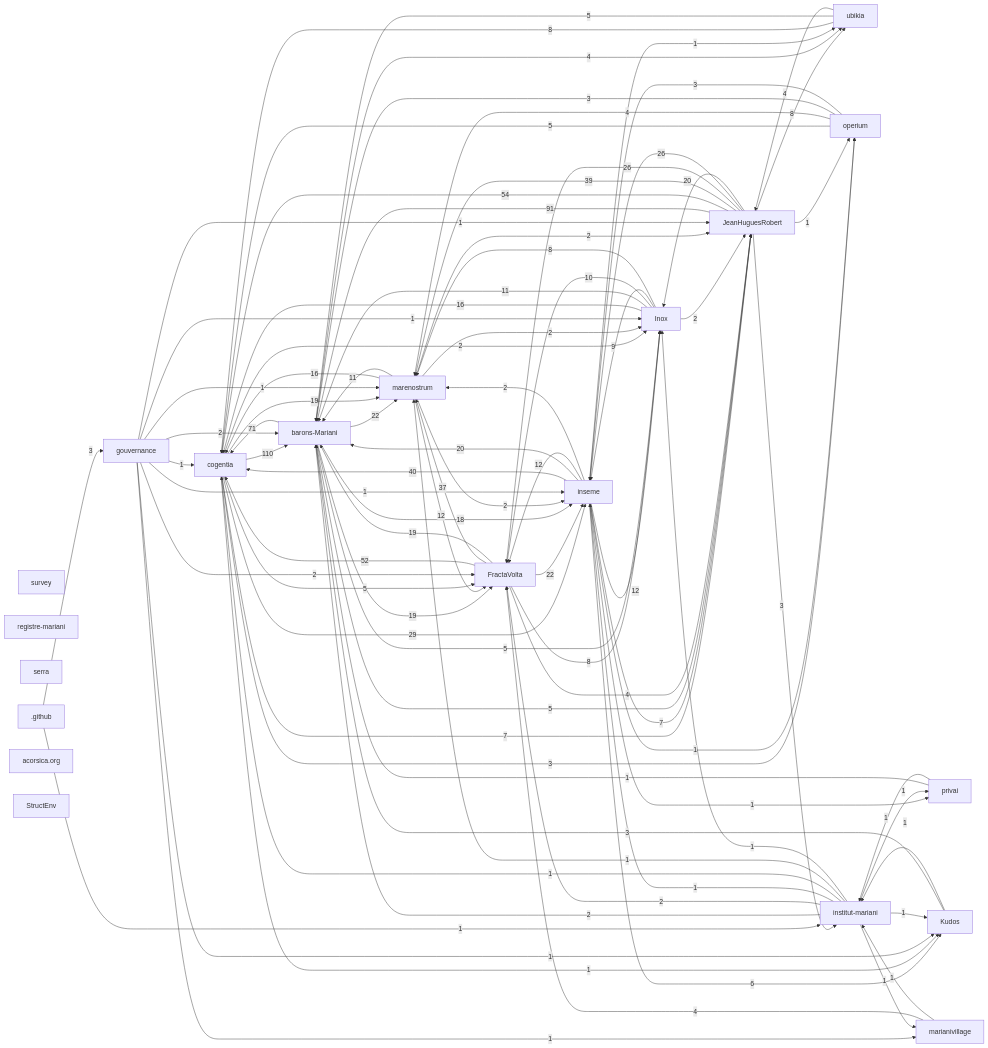
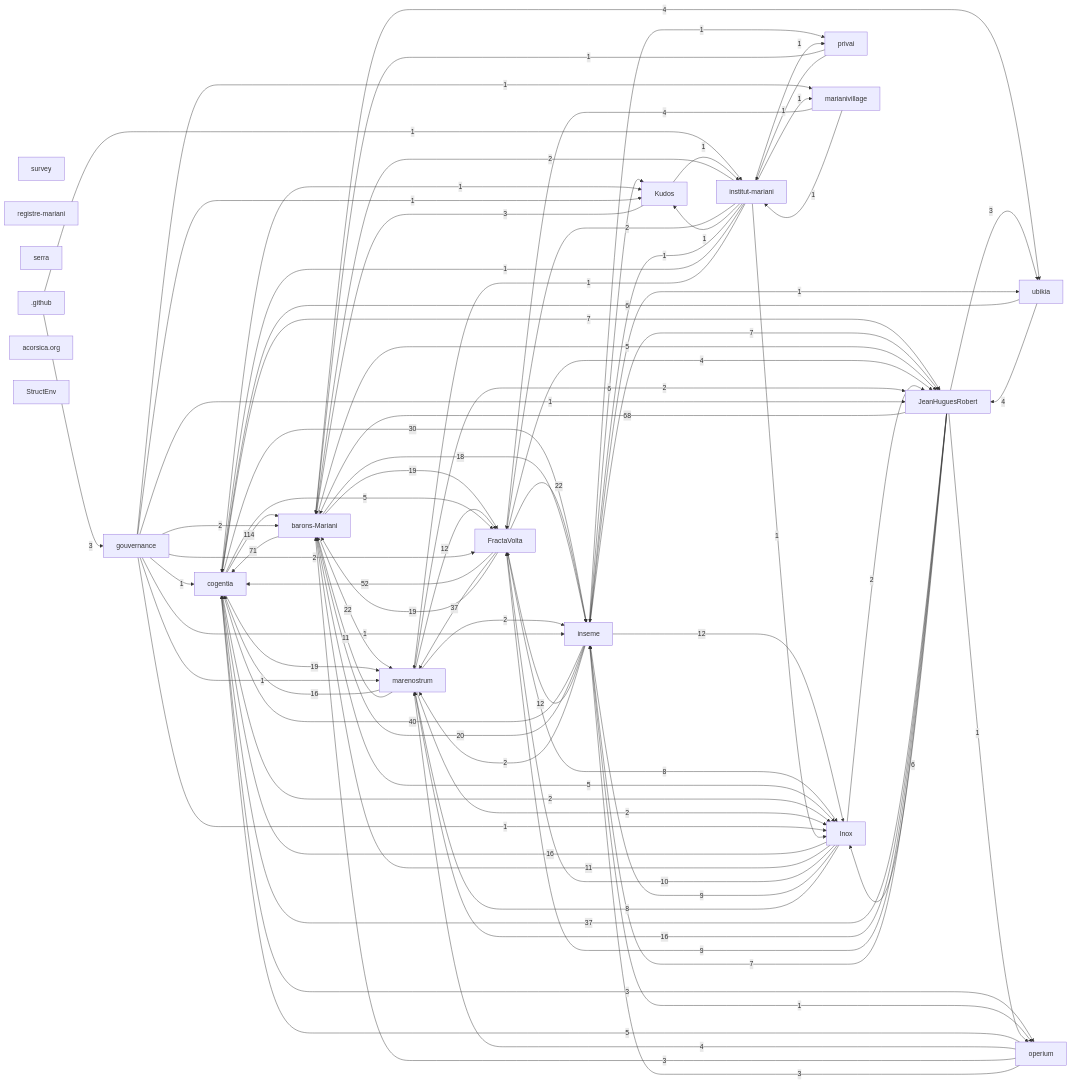
Before and after one commit to JeanHuguesRobert/operium: the first of 2 diagrams in research/corpus-status.md, drawn with Mermaid. The commit also changed other lines of this file and 2 other files, not shown here.

Commit message:
feat(ona): save ONA recovery observation and DNS reconciliation on fracta

```diff
--- a/research/corpus-status.md
+++ b/research/corpus-status.md
@@ -56,26 +56,23 @@
   r_github[".github"]
   r_acorsica_org["acorsica.org"]
   r_structenv["StructEnv"]
-  r_cogentia -->|110| r_barons_mariani
-  r_jeanhuguesrobert -->|91| r_barons_mariani
+  r_cogentia -->|114| r_barons_mariani
   r_barons_mariani -->|71| r_cogentia
-  r_jeanhuguesrobert -->|54| r_cogentia
+  r_jeanhuguesrobert -->|68| r_barons_mariani
   r_fractavolta -->|52| r_cogentia
   r_inseme -->|40| r_cogentia
-  r_jeanhuguesrobert -->|39| r_marenostrum
   r_fractavolta -->|37| r_marenostrum
-  r_cogentia -->|29| r_inseme
-  r_jeanhuguesrobert -->|26| r_fractavolta
-  r_jeanhuguesrobert -->|26| r_inseme
+  r_jeanhuguesrobert -->|37| r_cogentia
+  r_cogentia -->|30| r_inseme
   r_barons_mariani -->|22| r_marenostrum
   r_fractavolta -->|22| r_inseme
   r_inseme -->|20| r_barons_mariani
-  r_jeanhuguesrobert -->|20| r_inox
   r_barons_mariani -->|19| r_fractavolta
   r_cogentia -->|19| r_marenostrum
   r_fractavolta -->|19| r_barons_mariani
   r_barons_mariani -->|18| r_inseme
   r_inox -->|16| r_cogentia
+  r_jeanhuguesrobert -->|16| r_marenostrum
   r_marenostrum -->|16| r_cogentia
   r_inseme -->|12| r_fractavolta
   r_inseme -->|12| r_inox
@@ -84,18 +81,19 @@
   r_marenostrum -->|11| r_barons_mariani
   r_inox -->|10| r_fractavolta
   r_inox -->|9| r_inseme
+  r_jeanhuguesrobert -->|9| r_fractavolta
   r_fractavolta -->|8| r_inox
   r_inox -->|8| r_marenostrum
-  r_jeanhuguesrobert -->|8| r_ubikia
-  r_ubikia -->|8| r_cogentia
   r_cogentia -->|7| r_jeanhuguesrobert
   r_inseme -->|7| r_jeanhuguesrobert
+  r_jeanhuguesrobert -->|7| r_inseme
   r_inseme -->|6| r_kudos
+  r_jeanhuguesrobert -->|6| r_inox
+  r_ubikia -->|6| r_cogentia
   r_barons_mariani -->|5| r_inox
   r_barons_mariani -->|5| r_jeanhuguesrobert
   r_cogentia -->|5| r_fractavolta
   r_operium -->|5| r_cogentia
-  r_ubikia -->|5| r_barons_mariani
   r_barons_mariani -->|4| r_ubikia
   r_fractavolta -->|4| r_jeanhuguesrobert
   r_marianivillage -->|4| r_fractavolta
@@ -103,7 +101,7 @@
   r_ubikia -->|4| r_jeanhuguesrobert
   r_github -->|3| r_gouvernance
   r_cogentia -->|3| r_operium
-  r_jeanhuguesrobert -->|3| r_institut_mariani
+  r_jeanhuguesrobert -->|3| r_ubikia
   r_kudos -->|3| r_barons_mariani
   r_operium -->|3| r_barons_mariani
   r_operium -->|3| r_inseme
```
